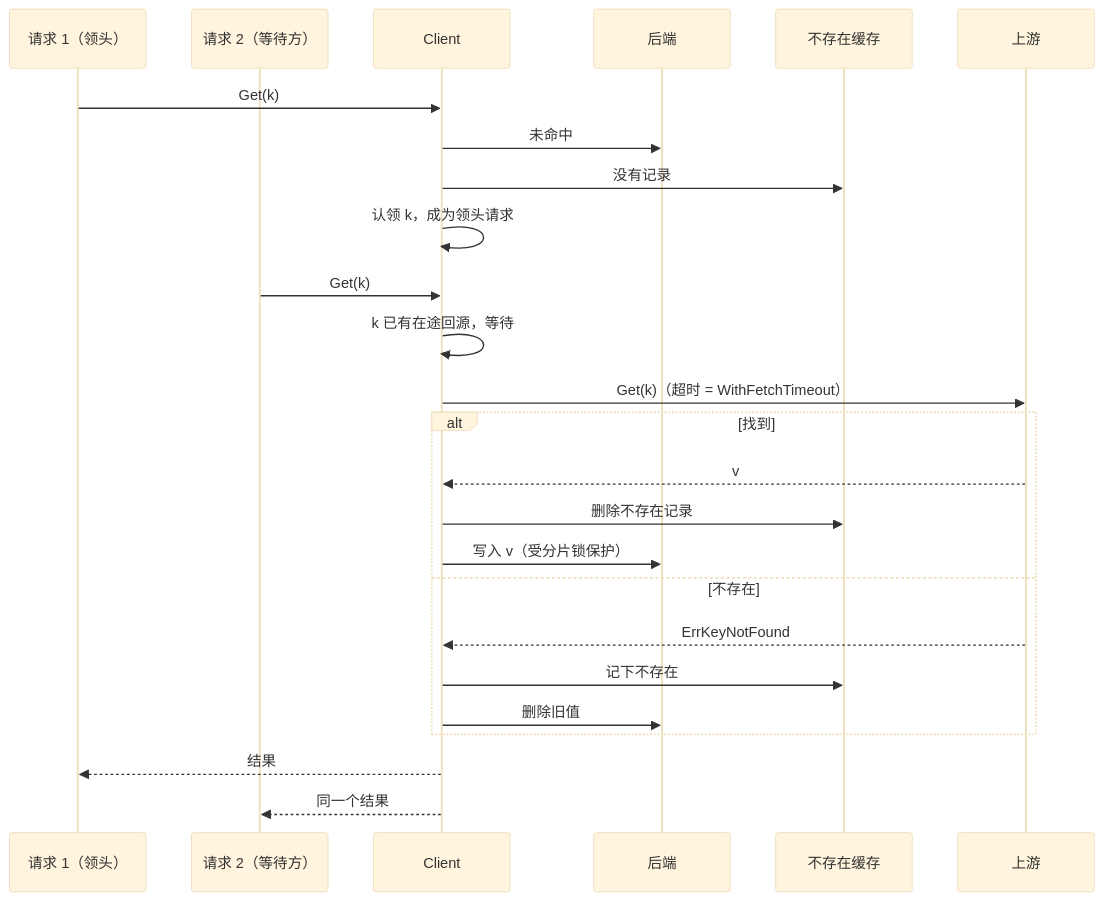
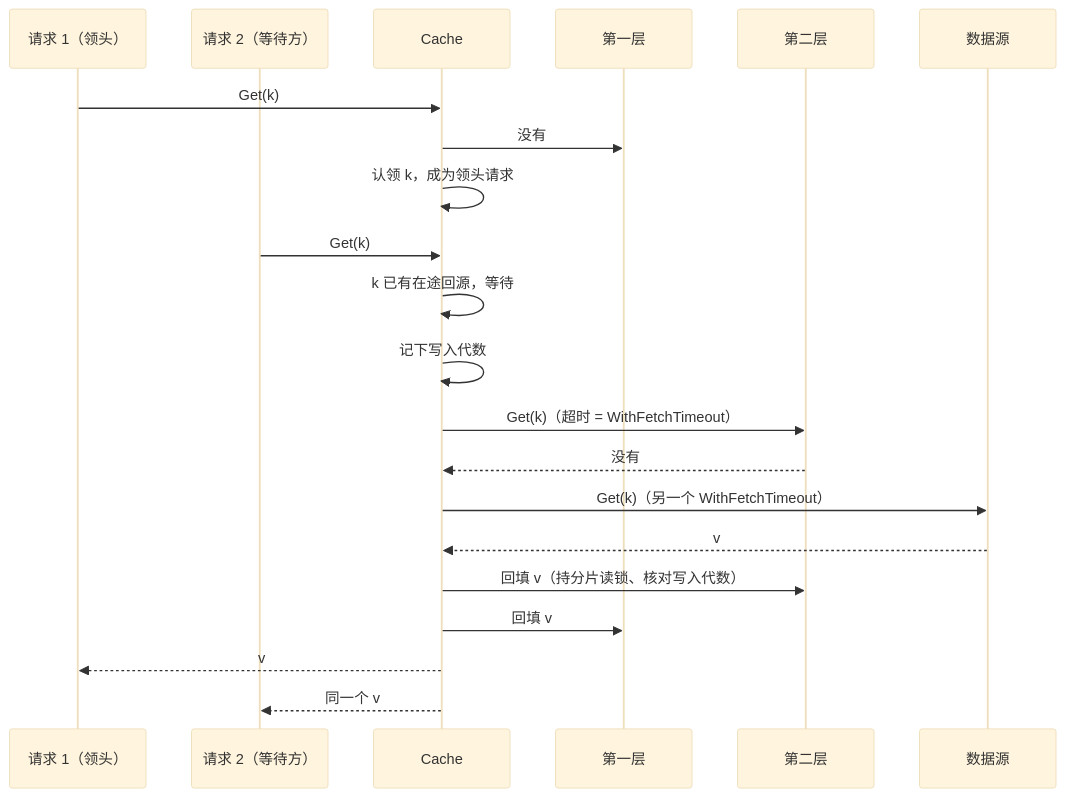
The fourth of 4 diagrams in docs/design/read-path.md (theplant/cachex), drawn with Mermaid (base theme) before and after one commit. The commit also changed other lines of this file and 19 other files, not shown here.

````diff
--- a/docs/design/read-path.md
+++ b/docs/design/read-path.md
@@ -147,27 +158,23 @@
 ```mermaid
 sequenceDiagram
     participant C1 as 请求 1（领头）
     participant C2 as 请求 2（等待方）
-    participant L as Client
-    participant B as 后端
-    participant N as 不存在缓存
-    participant U as 上游
-    C1->>L: Get(k)
-    L->>B: 未命中
-    L->>N: 没有记录
-    L->>L: 认领 k，成为领头请求
-    C2->>L: Get(k)
-    L->>L: k 已有在途回源，等待
-    L->>U: Get(k)（超时 = WithFetchTimeout）
-    alt 找到
-        U-->>L: v
-        L->>N: 删除不存在记录
-        L->>B: 写入 v（受分片锁保护）
-    else 不存在
-        U-->>L: ErrKeyNotFound
-        L->>N: 记下不存在
-        L->>B: 删除旧值
-    end
-    L-->>C1: 结果
-    L-->>C2: 同一个结果
+    participant K as Cache
+    participant L0 as 第一层
+    participant L1 as 第二层
+    participant S as 数据源
+    C1->>K: Get(k)
+    K->>L0: 没有
+    K->>K: 认领 k，成为领头请求
+    C2->>K: Get(k)
+    K->>K: k 已有在途回源，等待
+    K->>K: 记下写入代数
+    K->>L1: Get(k)（超时 = WithFetchTimeout）
+    L1-->>K: 没有
+    K->>S: Get(k)（另一个 WithFetchTimeout）
+    S-->>K: v
+    K->>L1: 回填 v（持分片读锁、核对写入代数）
+    K->>L0: 回填 v
+    K-->>C1: v
+    K-->>C2: 同一个 v
 ```
````
